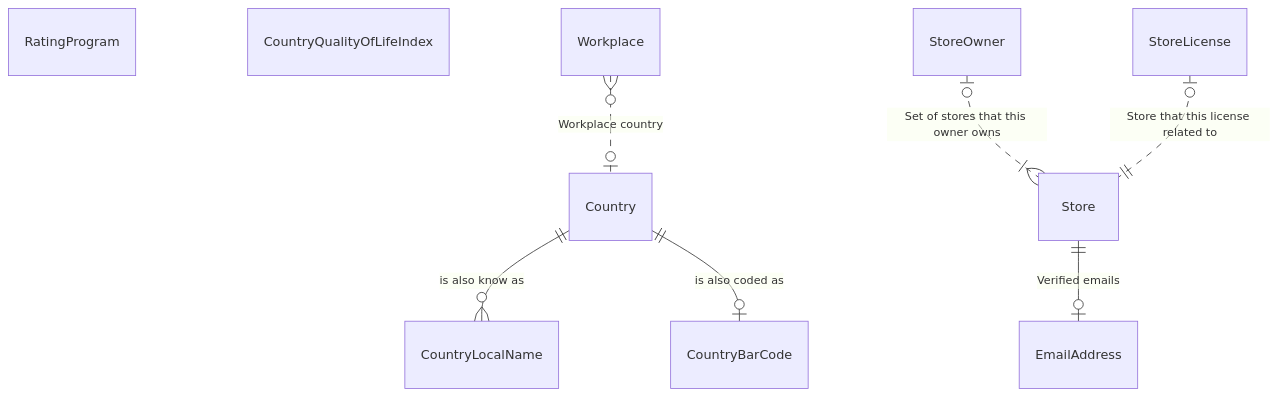
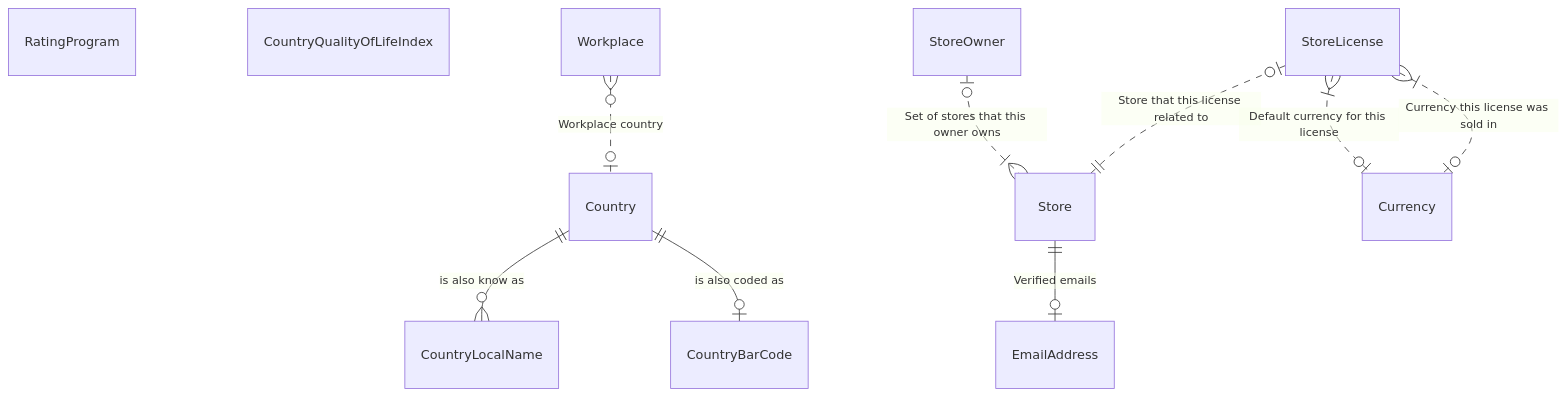
One commit to NoxOrg/Nox changed the diagram in src/Nox.ClientApi.Tests/.nox/docs/README.md. Above: the diagram before and after it, drawn with Mermaid. The commit also changed other lines of this file and 47 other files, not shown here.

Commit message:
NOX-48 Add test case for several relationships to the same entity (StoreLicense to Currency)

````diff
--- a/src/Nox.ClientApi.Tests/.nox/docs/README.md
+++ b/src/Nox.ClientApi.Tests/.nox/docs/README.md
@@ -11,30 +11,34 @@
 ``` mermaid
 erDiagram
     Country {
     }
     Country||--o{CountryLocalName : "is also know as"
     Country||--o|CountryBarCode : "is also coded as"
     CountryLocalName {
     }
     CountryBarCode {
     }
     RatingProgram {
     }
     CountryQualityOfLifeIndex {
     }
     Store {
     }
     Store||--o|EmailAddress : "Verified emails"
     Workplace {
     }
     Workplace}o..o|Country : "Workplace country"
     StoreOwner {
     }
     StoreOwner|o..|{Store : "Set of stores that this owner owns"
     StoreLicense {
     }
     StoreLicense|o..||Store : "Store that this license related to"
+    StoreLicense}|..o|Currency : "Default currency for this license"
+    StoreLicense}|..o|Currency : "Currency this license was sold in"
+    Currency {
+    }
     EmailAddress {
     }
 
 ```
````
